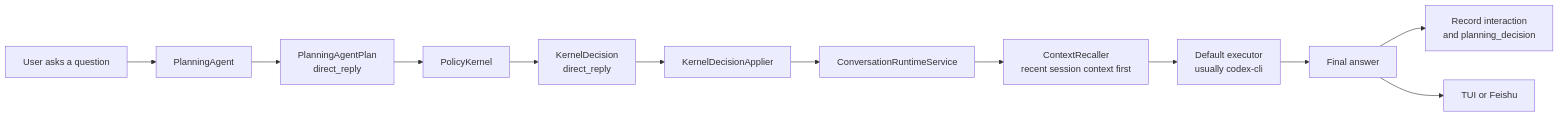
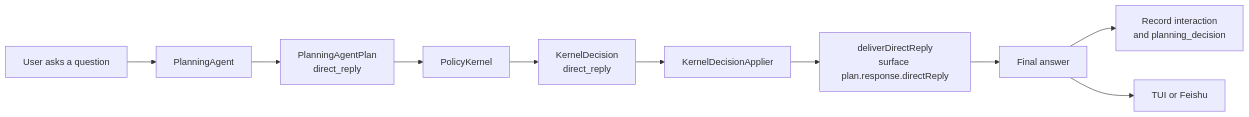
The second of 4 diagrams in docs/current/technical-overview.md (IFOSR/metawork), drawn with Mermaid before and after one commit. The commit also changed other lines of this file and 19 other files, not shown here.

First line of the commit message:
feat: deliver planner direct_reply without a second executor call

````diff
--- a/docs/current/technical-overview.md
+++ b/docs/current/technical-overview.md
@@ -77,14 +77,12 @@
 ```mermaid
 flowchart LR
   Input[User asks a question] --> Planning[PlanningAgent]
   Planning --> Plan[PlanningAgentPlan<br/>direct_reply]
   Plan --> Kernel[PolicyKernel]
   Kernel --> Decision[KernelDecision<br/>direct_reply]
   Decision --> Runtime[KernelDecisionApplier]
-  Runtime --> Conversation[ConversationRuntimeService]
-  Conversation --> Recall[ContextRecaller<br/>recent session context first]
-  Recall --> Executor[Default executor<br/>usually codex-cli]
-  Executor --> Answer[Final answer]
+  Runtime --> Deliver[deliverDirectReply<br/>surface plan.response.directReply]
+  Deliver --> Answer[Final answer]
   Answer --> Persist[Record interaction<br/>and planning_decision]
   Answer --> UI[TUI or Feishu]
 ```
````
